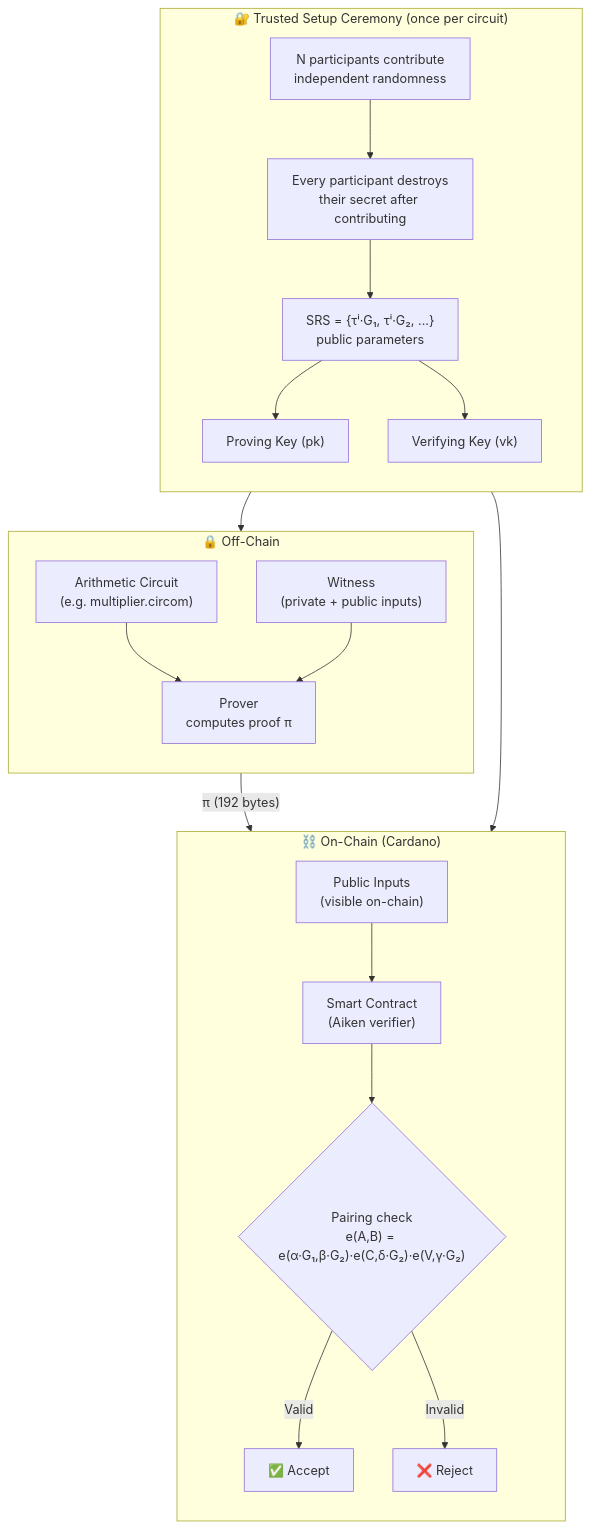
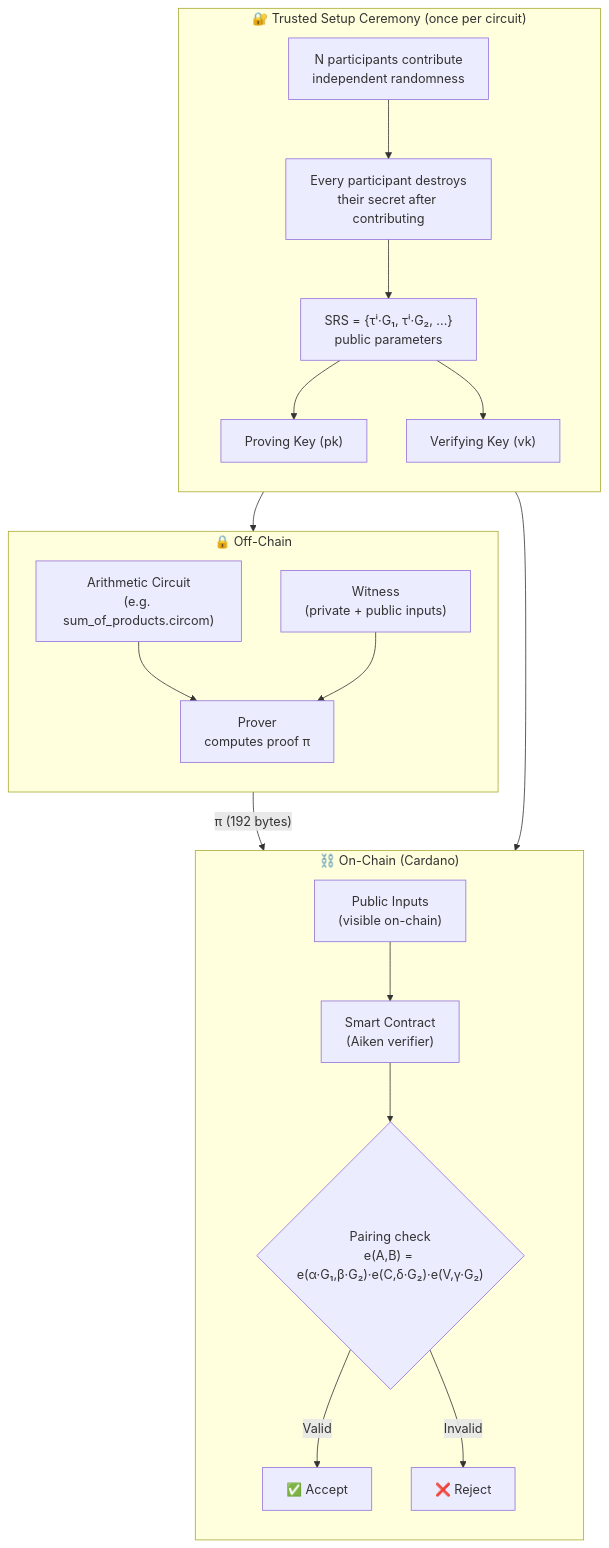
The third of 3 diagrams in tutorials/zkp-from-first-principles.md (cardano-foundation/bls), drawn with Mermaid before and after one commit. The commit also changed other lines of this file and 33 other files, not shown here.

````diff
--- a/tutorials/zkp-from-first-principles.md
+++ b/tutorials/zkp-from-first-principles.md
@@ -415,40 +415,40 @@
 ```mermaid
 flowchart TB
     subgraph Ceremony["🔐 Trusted Setup Ceremony (once per circuit)"]
         direction TB
         Random["N participants contribute<br/>independent randomness"]
         Destroy["Every participant destroys<br/>their secret after contributing"]
         SRS["SRS = {τⁱ·G₁, τⁱ·G₂, ...}<br/>public parameters"]
         PK["Proving Key (pk)"]
         VK["Verifying Key (vk)"]
     end
 
     subgraph OffChain["🔒 Off-Chain"]
         direction TB
-        Circuit["Arithmetic Circuit<br/>(e.g. multiplier.circom)"]
+        Circuit["Arithmetic Circuit<br/>(e.g. sum_of_products.circom)"]
         Witness["Witness<br/>(private + public inputs)"]
         Prover["Prover<br/>computes proof π"]
     end
 
     subgraph OnChain["⛓️ On-Chain (Cardano)"]
         direction TB
         Contract["Smart Contract<br/>(Aiken verifier)"]
         Public["Public Inputs<br/>(visible on-chain)"]
         Check{"Pairing check<br/>e(A,B) = e(α·G₁,β·G₂)·e(C,δ·G₂)·e(V,γ·G₂)"}
         Accept["✅ Accept"]
         Reject["❌ Reject"]
     end
 
     Random --> Destroy --> SRS
     SRS --> PK
     SRS --> VK
     Circuit --> Prover
     Witness --> Prover
     PK --> Prover
     Prover -->|"π (192 bytes)"| Contract
     VK --> Contract
     Public --> Contract
     Contract --> Check
     Check -->|Valid| Accept
     Check -->|Invalid| Reject
 ```
````
